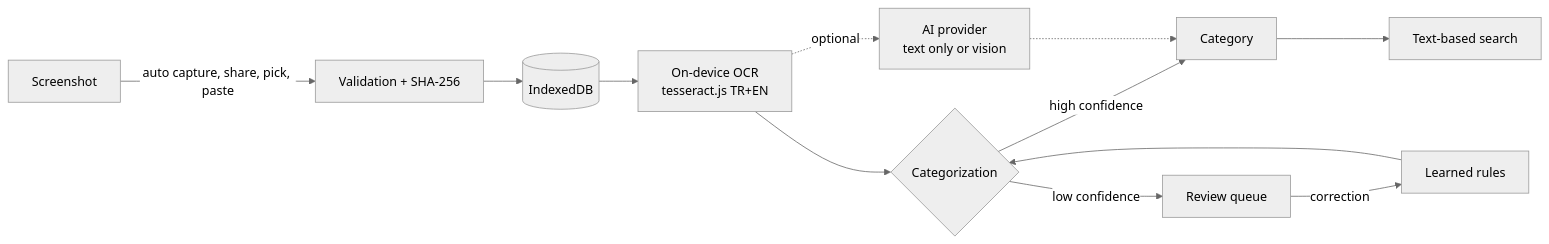
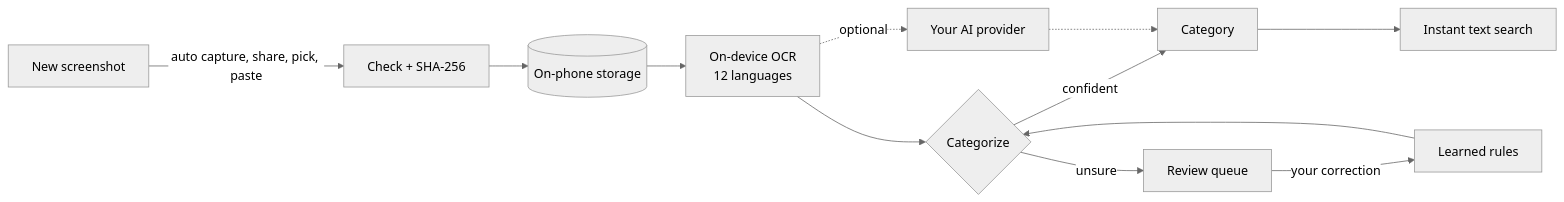
One commit to firatnexus/shotrova changed the diagram in README.md. Above: the diagram before and after it, drawn with Mermaid (neutral theme). The commit also changed other lines of this file and 26 other files, not shown here.

Commit message:
docs: Android-only README, emulator screenshots, animated banner; refresh architecture, build and testing docs

````diff
--- a/README.md
+++ b/README.md
@@ -128,14 +146,14 @@
 ```mermaid
 flowchart LR
-    A[Screenshot] -->|auto capture, share, pick, paste| B[Validation + SHA-256]
-    B --> C[(IndexedDB)]
-    C --> D[On-device OCR<br/>tesseract.js TR+EN]
-    D --> E{Categorization}
-    E -->|high confidence| F[Category]
-    E -->|low confidence| G[Review queue]
-    D -. optional .-> H[AI provider<br/>text only or vision]
+    A[New screenshot] -->|auto capture, share, pick, paste| B[Check + SHA-256]
+    B --> C[(On-phone storage)]
+    C --> D[On-device OCR<br/>12 languages]
+    D --> E{Categorize}
+    E -->|confident| F[Category]
+    E -->|unsure| G[Review queue]
+    D -. optional .-> H[Your AI provider]
     H -.-> F
-    F --> I[Text-based search]
-    G -->|correction| J[Learned rules]
+    F --> I[Instant text search]
+    G -->|your correction| J[Learned rules]
     J --> E
 ```
````
